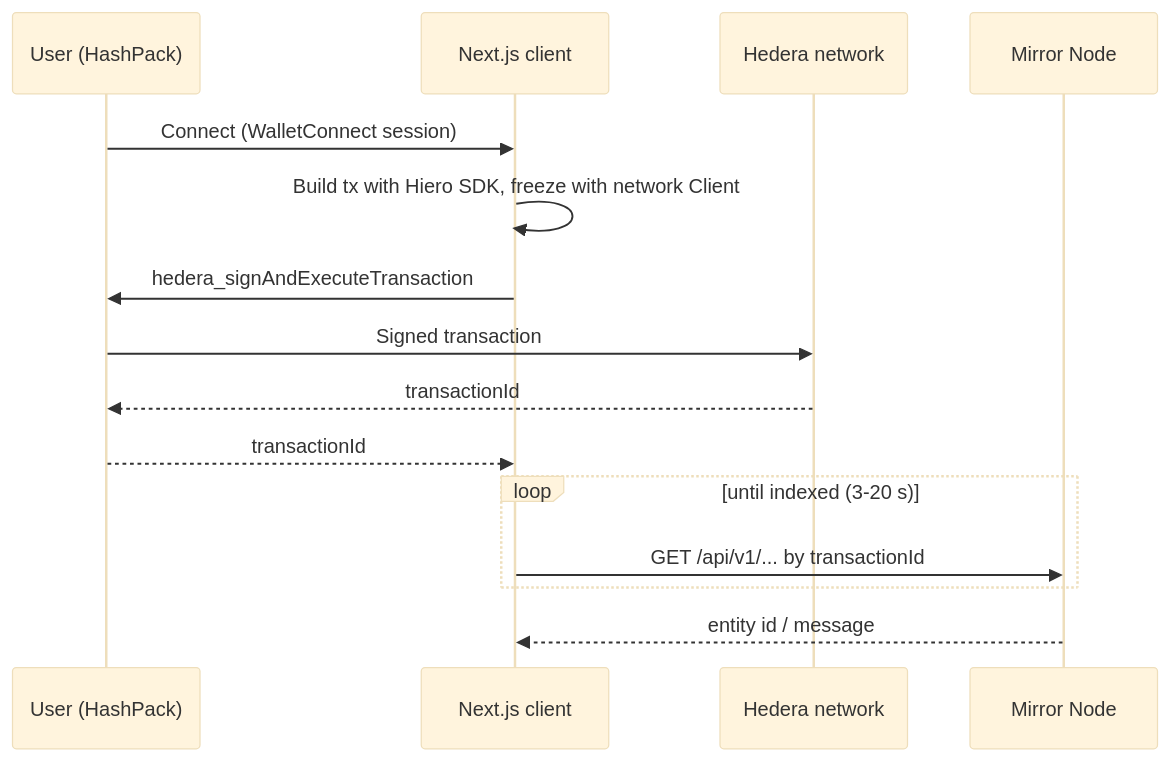
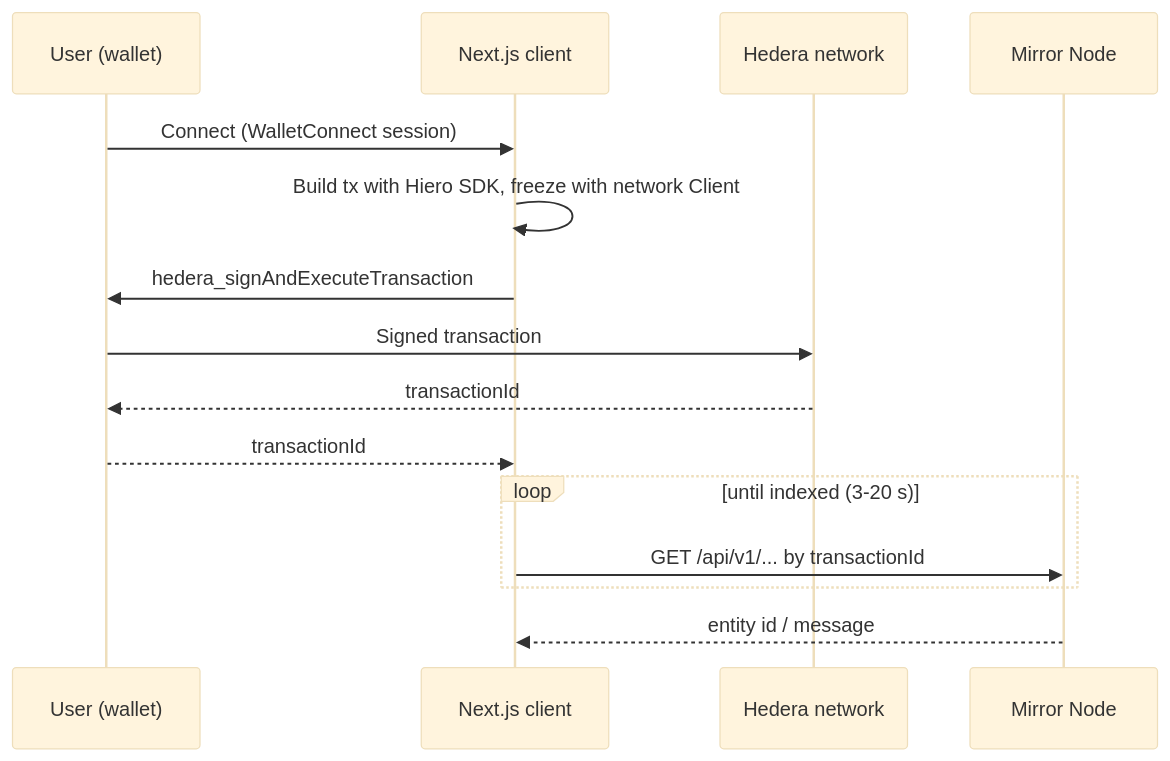
The second of 5 diagrams in docs/ARCHITECTURE.md (SpaceUY/hedera-governed-operations), drawn with Mermaid (base theme) before and after one commit. The commit also changed other lines of this file and 3 other files, not shown here.

````diff
--- a/docs/ARCHITECTURE.md
+++ b/docs/ARCHITECTURE.md
@@ -42,18 +42,18 @@
 ```mermaid
 sequenceDiagram
-  participant U as User (HashPack)
+  participant U as User (wallet)
   participant A as Next.js client
   participant H as Hedera network
   participant M as Mirror Node
 
   U->>A: Connect (WalletConnect session)
   A->>A: Build tx with Hiero SDK, freeze with network Client
   A->>U: hedera_signAndExecuteTransaction
   U->>H: Signed transaction
   H-->>U: transactionId
   U-->>A: transactionId
   loop until indexed (3-20 s)
     A->>M: GET /api/v1/... by transactionId
   end
   M-->>A: entity id / message
 ```
````
